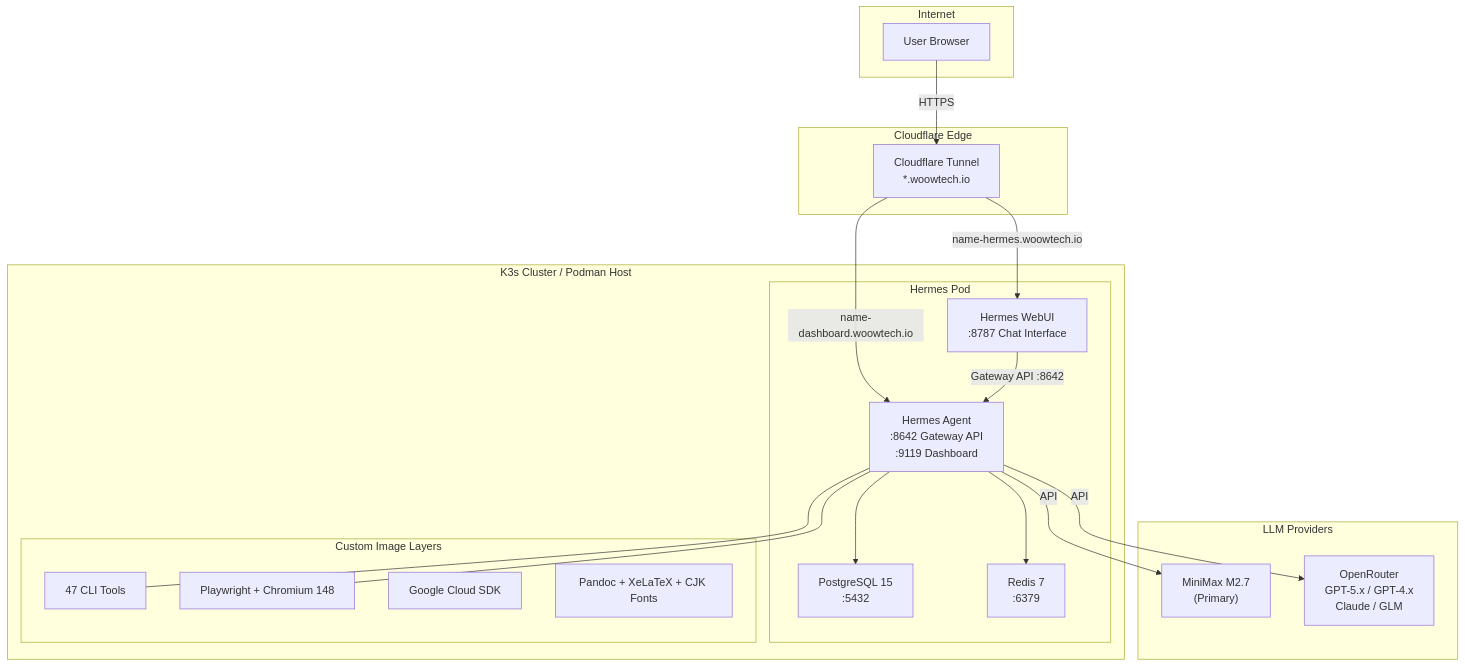
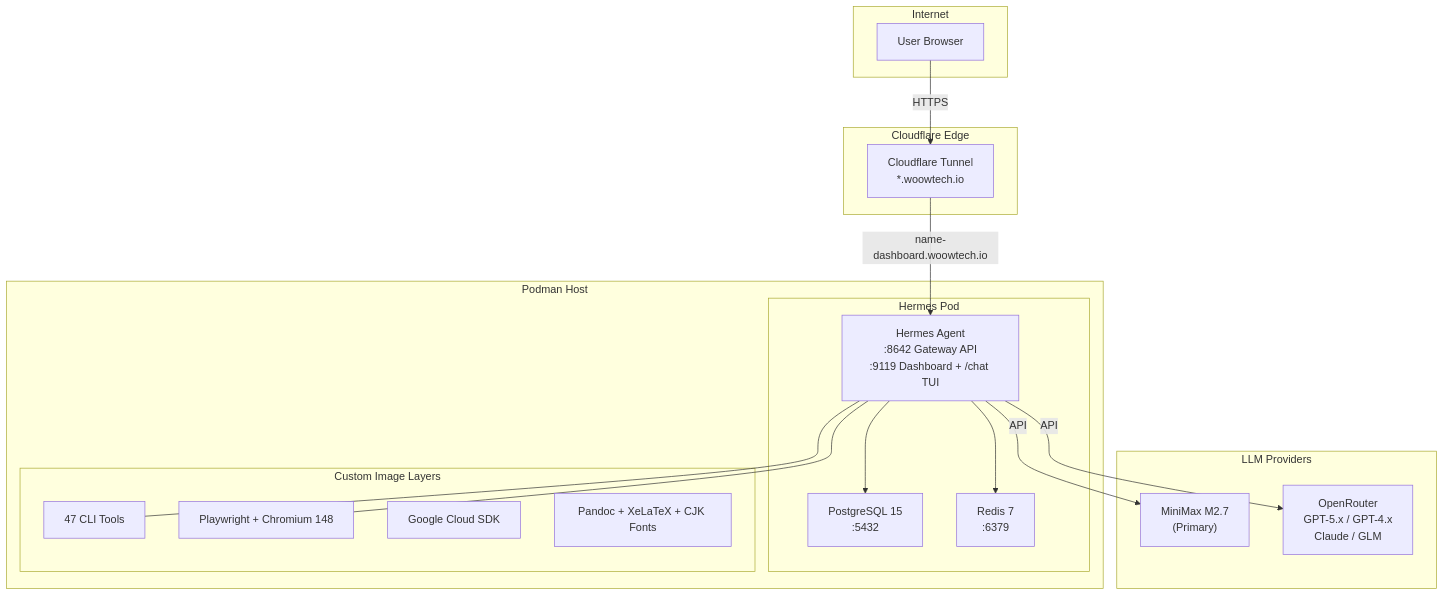
One commit to WOOWTECH/Woow_podman_hermes changed the first of 5 diagrams in README.md. Above: the diagram before and after it, drawn with Mermaid. The commit also changed other lines of this file and 43 other files, not shown here.

First line of the commit message:
refactor(podman): remove hermes-webui service — v0.17.0 single-container

````diff
--- a/README.md
+++ b/README.md
@@ -119,42 +112,39 @@
 ```mermaid
 graph TB
     subgraph Internet["Internet"]
         User["User Browser"]
     end
 
     subgraph CF["Cloudflare Edge"]
         Tunnel["Cloudflare Tunnel<br/>*.woowtech.io"]
     end
 
-    subgraph Cluster["K3s Cluster / Podman Host"]
+    subgraph Cluster["Podman Host"]
         subgraph Pod["Hermes Pod"]
-            WebUI["Hermes WebUI<br/>:8787 Chat Interface"]
-            Agent["Hermes Agent<br/>:8642 Gateway API<br/>:9119 Dashboard"]
+            Agent["Hermes Agent<br/>:8642 Gateway API<br/>:9119 Dashboard + /chat TUI"]
             PG["PostgreSQL 15<br/>:5432"]
             Redis["Redis 7<br/>:6379"]
         end
 
         subgraph Custom["Custom Image Layers"]
             CLI["47 CLI Tools"]
             PW["Playwright + Chromium 148"]
             GC["Google Cloud SDK"]
             Content["Pandoc + XeLaTeX + CJK Fonts"]
         end
     end
 
     subgraph LLM["LLM Providers"]
         MM["MiniMax M2.7<br/>(Primary)"]
         OR["OpenRouter<br/>GPT-5.x / GPT-4.x<br/>Claude / GLM"]
     end
 
     User -->|HTTPS| Tunnel
-    Tunnel -->|"name-hermes.woowtech.io"| WebUI
     Tunnel -->|"name-dashboard.woowtech.io"| Agent
-    WebUI -->|Gateway API :8642| Agent
     Agent --> PG
     Agent --> Redis
     Agent -->|API| MM
     Agent -->|API| OR
     Agent --- CLI
     Agent --- PW
 ```
````
